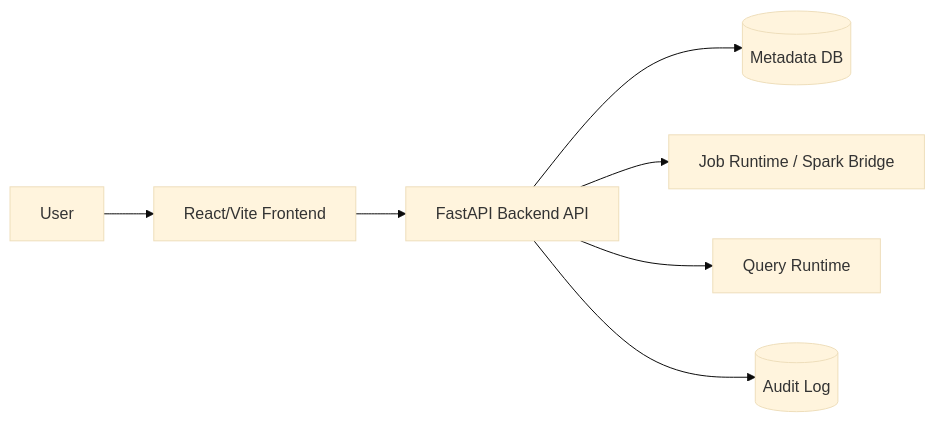
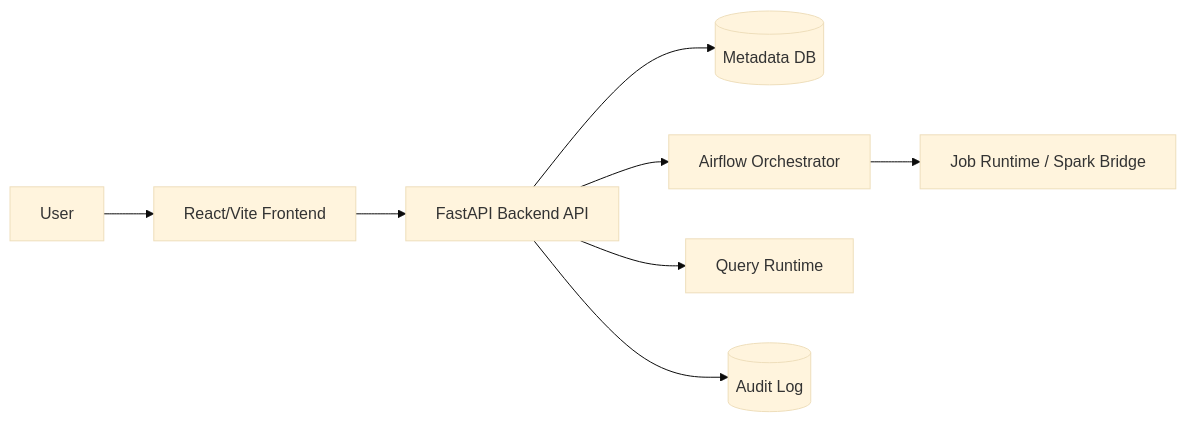
Before and after one commit to JUNGLE-TEAM1/AskLake: the diagram in docs/02-architecture.md, drawn with Mermaid (base theme). The commit also changed other lines of this file and 5 other files, not shown here.

````diff
--- a/docs/02-architecture.md
+++ b/docs/02-architecture.md
@@ -54,9 +54,10 @@
 ```mermaid
 flowchart LR
     U[User] --> FE[React/Vite Frontend]
     FE --> API[FastAPI Backend API]
     API --> DB[(Metadata DB)]
-    API --> JOB[Job Runtime / Spark Bridge]
+    API --> ORCH[Airflow Orchestrator]
+    ORCH --> JOB[Job Runtime / Spark Bridge]
     API --> SQL[Query Runtime]
     API --> AUDIT[(Audit Log)]
 ```
````
